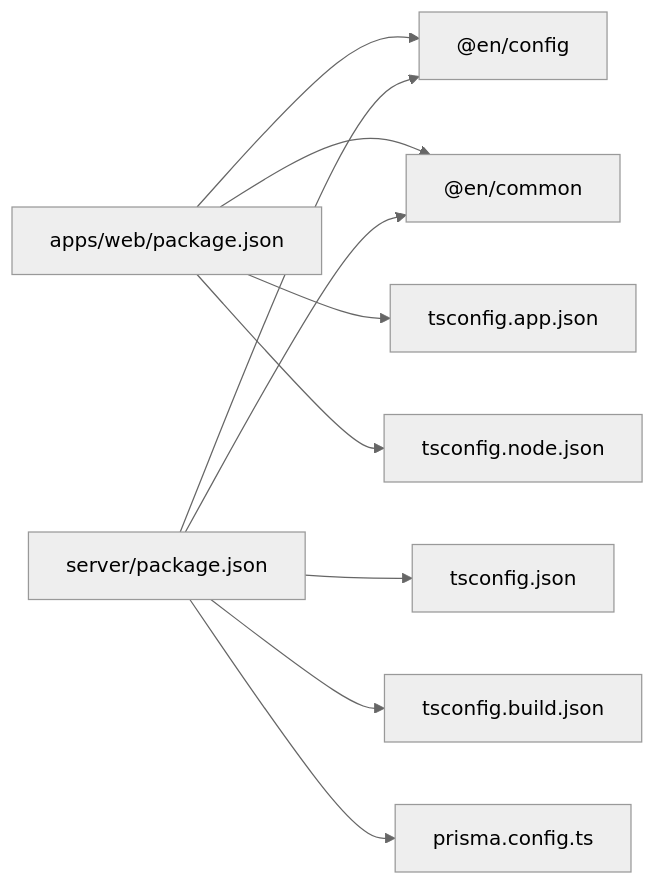
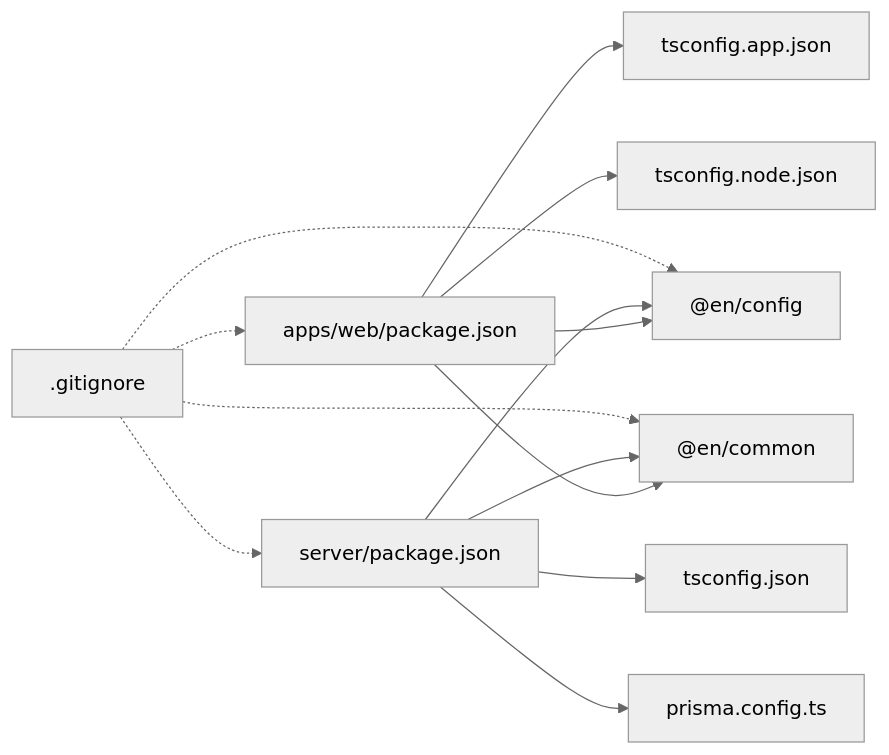
Before and after one commit to LihaoZDB/English-Study: the eighth of 8 diagrams in .qoder/repowiki/zh/content/配置管理/配置管理.md, drawn with Mermaid (neutral theme). The commit also changed other lines of this file and 6 other files, not shown here.

````diff
--- a/.qoder/repowiki/zh/content/配置管理/配置管理.md
+++ b/.qoder/repowiki/zh/content/配置管理/配置管理.md
@@ -264,12 +303,15 @@
 ```mermaid
 graph LR
 WebPkg["apps/web/package.json"] --> Cfg["@en/config"]
 WebPkg --> Common["@en/common"]
 SrvPkg["server/package.json"] --> Cfg
 SrvPkg --> Common
 WebPkg --> TSApp["tsconfig.app.json"]
 WebPkg --> TSNode["tsconfig.node.json"]
 SrvPkg --> TSCore["tsconfig.json"]
-SrvPkg --> TSBuild["tsconfig.build.json"]
 SrvPkg --> PrismaCfg["prisma.config.ts"]
+GitIgnore[".gitignore"] -.-> WebPkg
+GitIgnore -.-> SrvPkg
+GitIgnore -.-> Cfg
+GitIgnore -.-> Common
 ```
````
